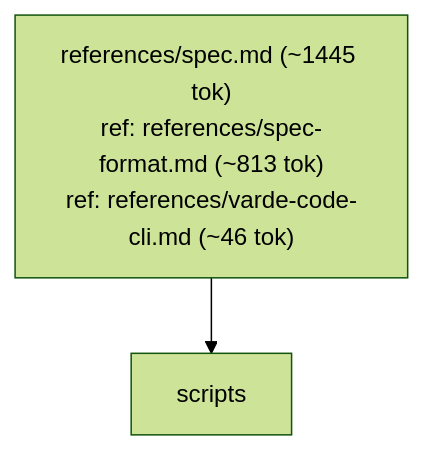
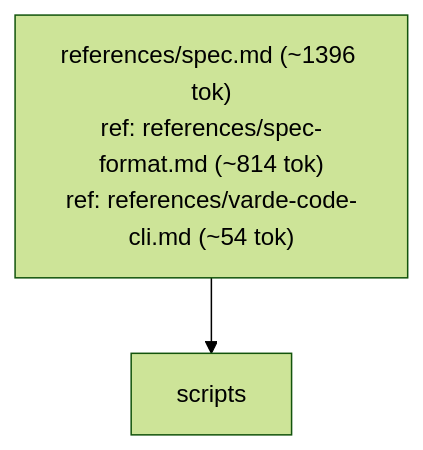
The fourth of 4 diagrams in skills/varde-docs/FLOW.md (alecegg/varde), drawn with Mermaid (forest theme) before and after one commit. The commit also changed other lines of this file and 1293 other files, not shown here.

````diff
--- a/skills/varde-docs/FLOW.md
+++ b/skills/varde-docs/FLOW.md
@@ -70,6 +47,6 @@
 ```mermaid
 flowchart TD
-  n0["references/spec.md (~1445 tok)<br/>ref: references/spec-format.md (~813 tok)<br/>ref: references/varde-code-cli.md (~46 tok)"]
+  n0["references/spec.md (~1396 tok)<br/>ref: references/spec-format.md (~814 tok)<br/>ref: references/varde-code-cli.md (~54 tok)"]
   n1["scripts"]
   n0 --> n1
 ```
````
